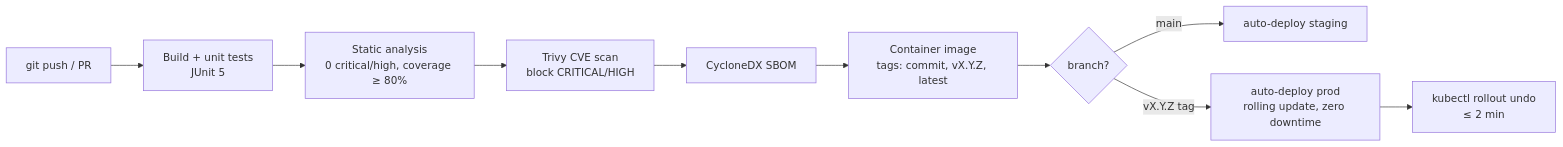
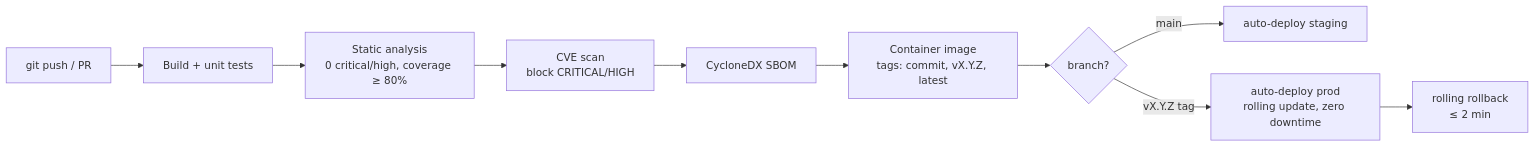
One commit to kemit-ee/efti-gate-ee changed the diagram in docs/epics/epic_20_en.md. Above: the diagram before and after it, drawn with Mermaid. The commit also changed other lines of this file, not shown here.

````diff
--- a/docs/epics/epic_20_en.md
+++ b/docs/epics/epic_20_en.md
@@ -11,12 +21,12 @@
 ```mermaid
 flowchart LR
-    Commit[git push / PR] --> Build[Build + unit tests<br/>JUnit 5]
+    Commit[git push / PR] --> Build[Build + unit tests]
     Build --> Static[Static analysis<br/>0 critical/high, coverage ≥ 80%]
-    Static --> Scan[Trivy CVE scan<br/>block CRITICAL/HIGH]
+    Static --> Scan[CVE scan<br/>block CRITICAL/HIGH]
     Scan --> SBOM[CycloneDX SBOM]
     SBOM --> Image[Container image<br/>tags: commit, vX.Y.Z, latest]
     Image --> Stage{branch?}
     Stage -- main --> Staging[auto-deploy staging]
     Stage -- vX.Y.Z tag --> Prod[auto-deploy prod<br/>rolling update, zero downtime]
-    Prod --> Rollback[kubectl rollout undo<br/>≤ 2 min]
+    Prod --> Rollback[rolling rollback<br/>≤ 2 min]
 ```
````
